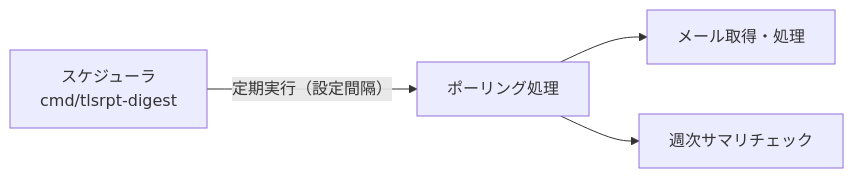
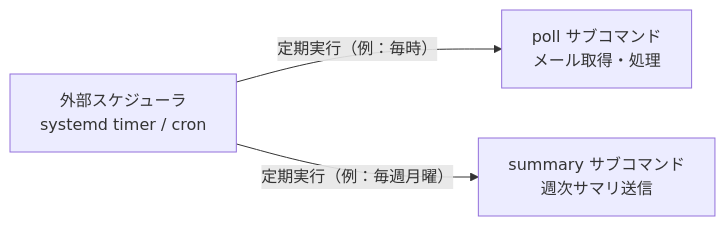
One commit to isseis/tlsrpt-digest changed the second of 2 diagrams in docs/overview.ja.md. Above: the diagram before and after it, drawn with Mermaid. The commit also changed other lines of this file and 4 other files, not shown here.

````diff
--- a/docs/overview.ja.md
+++ b/docs/overview.ja.md
@@ -48,11 +50,9 @@
 ```mermaid
 flowchart LR
-    S["スケジューラ<br>cmd/tlsrpt-digest"]
-    P["ポーリング処理"]
-    M["メール取得・処理"]
-    W["週次サマリチェック"]
+    S["外部スケジューラ<br>systemd timer / cron"]
+    Poll["poll サブコマンド<br>メール取得・処理"]
+    Summary["summary サブコマンド<br>週次サマリ送信"]
 
-    S -->|"定期実行（設定間隔）"| P
-    P --> M
-    P --> W
+    S -->|"定期実行（例：毎時）"| Poll
+    S -->|"定期実行（例：毎週月曜）"| Summary
 ```
````
